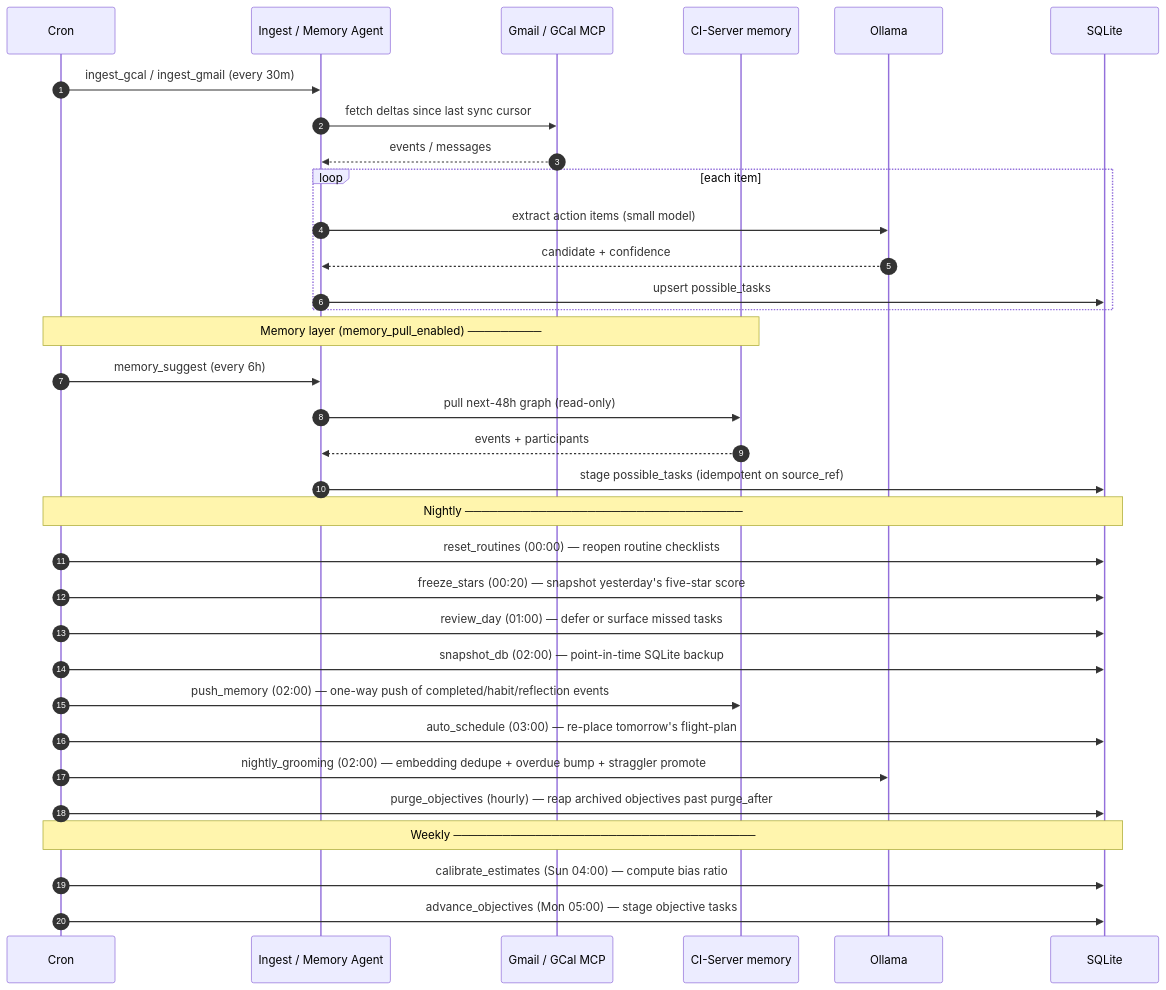
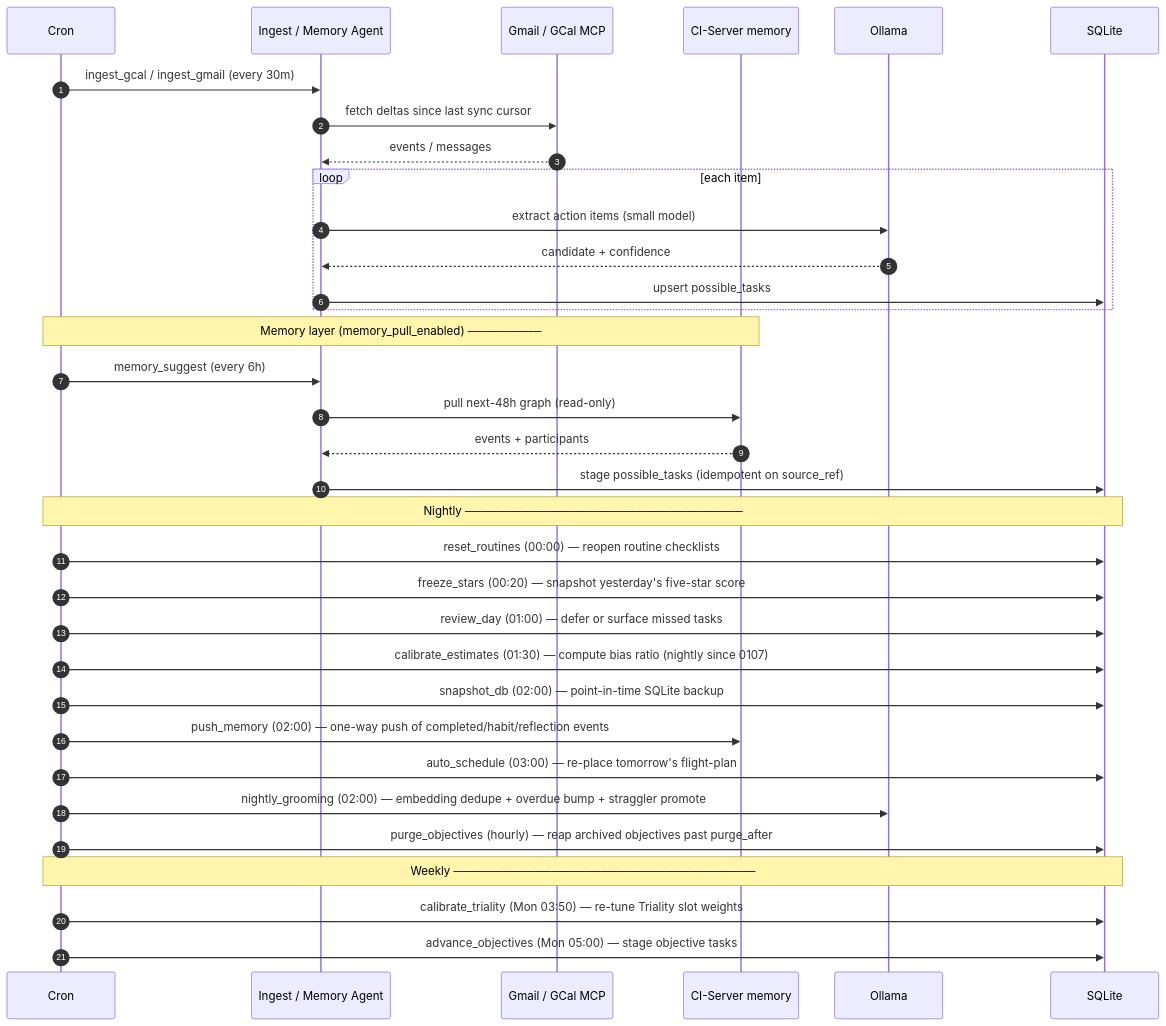
Before and after one commit to companionintelligence/CI-Planning: the third of 7 diagrams in ARCHITECTURE.md, drawn with Mermaid. The commit also changed other lines of this file and 3 other files, not shown here.

````diff
--- a/ARCHITECTURE.md
+++ b/ARCHITECTURE.md
@@ -333,40 +337,41 @@
 ```mermaid
 sequenceDiagram
     autonumber
     participant Cron
     participant Ing as Ingest / Memory Agent
     participant MCP as Gmail / GCal MCP
     participant Mem as CI-Server memory
     participant LLM as Ollama
     participant DB as SQLite
 
     Cron->>Ing: ingest_gcal / ingest_gmail (every 30m)
     Ing->>MCP: fetch deltas since last sync cursor
     MCP-->>Ing: events / messages
     loop each item
         Ing->>LLM: extract action items (small model)
         LLM-->>Ing: candidate + confidence
         Ing->>DB: upsert possible_tasks
     end
 
     Note over Cron,Mem: Memory layer (memory_pull_enabled) ─────────
     Cron->>Ing: memory_suggest (every 6h)
     Ing->>Mem: pull next-48h graph (read-only)
     Mem-->>Ing: events + participants
     Ing->>DB: stage possible_tasks (idempotent on source_ref)
 
     Note over Cron,DB: Nightly ──────────────────────────────────
     Cron->>DB: reset_routines (00:00) — reopen routine checklists
     Cron->>DB: freeze_stars (00:20) — snapshot yesterday's five-star score
     Cron->>DB: review_day (01:00) — defer or surface missed tasks
+    Cron->>DB: calibrate_estimates (01:30) — compute bias ratio (nightly since 0107)
     Cron->>DB: snapshot_db (02:00) — point-in-time SQLite backup
     Cron->>Mem: push_memory (02:00) — one-way push of completed/habit/reflection events
     Cron->>DB: auto_schedule (03:00) — re-place tomorrow's flight-plan
     Cron->>LLM: nightly_grooming (02:00) — embedding dedupe + overdue bump + straggler promote
 
     Cron->>DB: purge_objectives (hourly) — reap archived objectives past purge_after
 
     Note over Cron,DB: Weekly ─────────────────────────────────────
-    Cron->>DB: calibrate_estimates (Sun 04:00) — compute bias ratio
+    Cron->>DB: calibrate_triality (Mon 03:50) — re-tune Triality slot weights
     Cron->>DB: advance_objectives (Mon 05:00) — stage objective tasks
 ```
````
